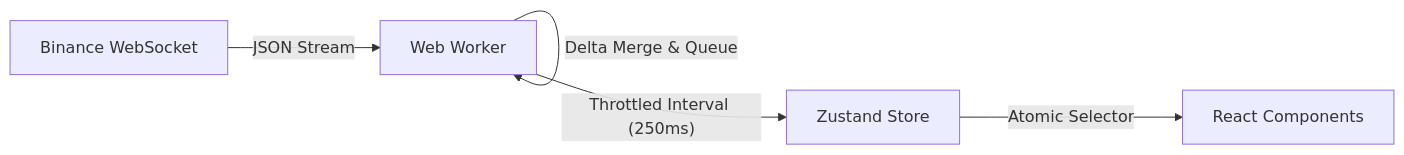
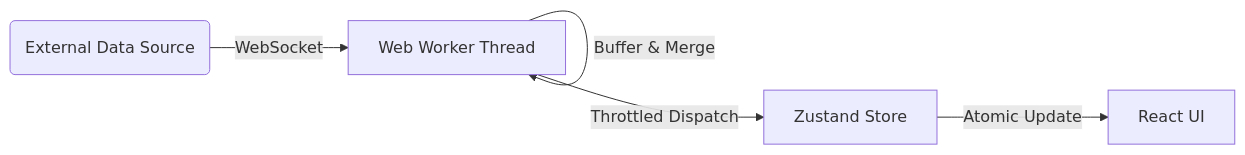
The diagram in README.md (liqu-fi/terminal), drawn with Mermaid before and after one commit. The commit also changed other lines of this file, not shown here.

````diff
--- a/README.md
+++ b/README.md
@@ -80,7 +95,7 @@
 ```mermaid
 graph LR
-    WS[Binance WebSocket] -->|JSON Stream| Worker[Web Worker]
-    Worker -->|Delta Merge & Queue| Worker
-    Worker -->|"Throttled Interval (250ms)"| Store[Zustand Store]
-    Store -->|Atomic Selector| UI[React Components]
+    Binance(External Data Source) -->|WebSocket| Worker[Web Worker Thread]
+    Worker -->|Buffer & Merge| Worker
+    Worker -->|Throttled Dispatch| Store[Zustand Store]
+    Store -->|Atomic Update| Component[React UI]
 ```
````
